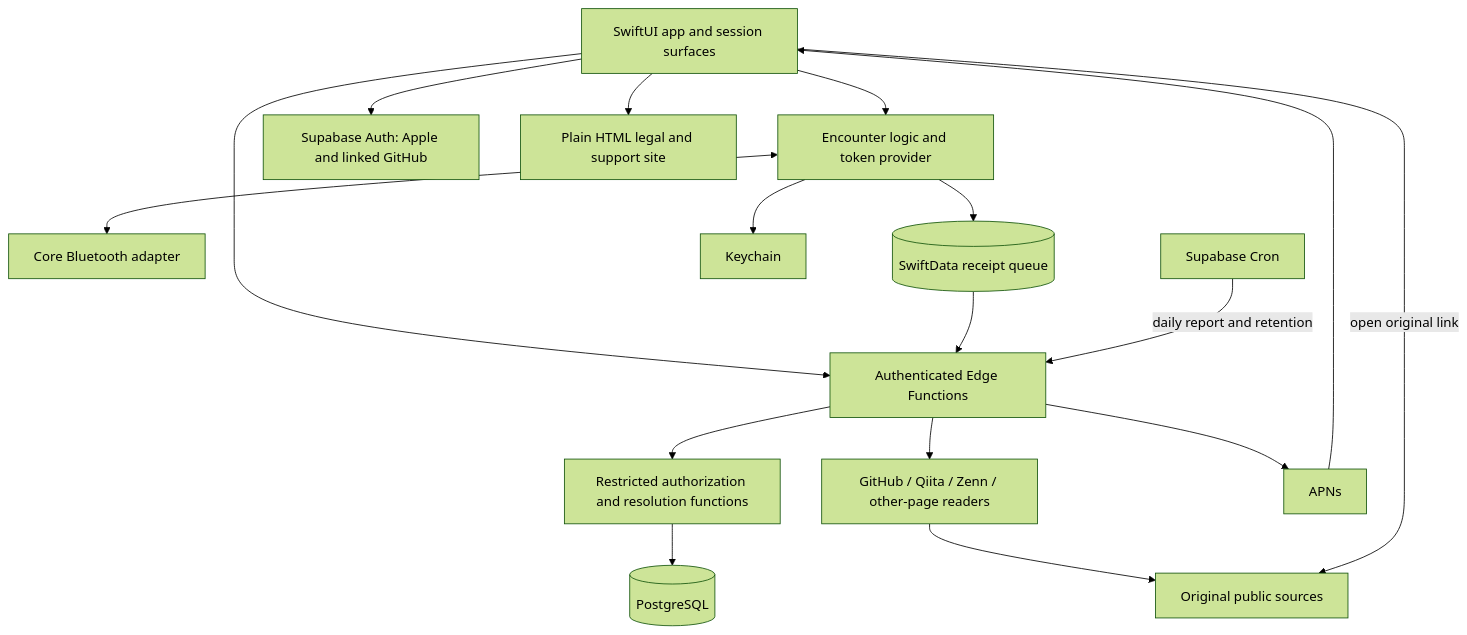
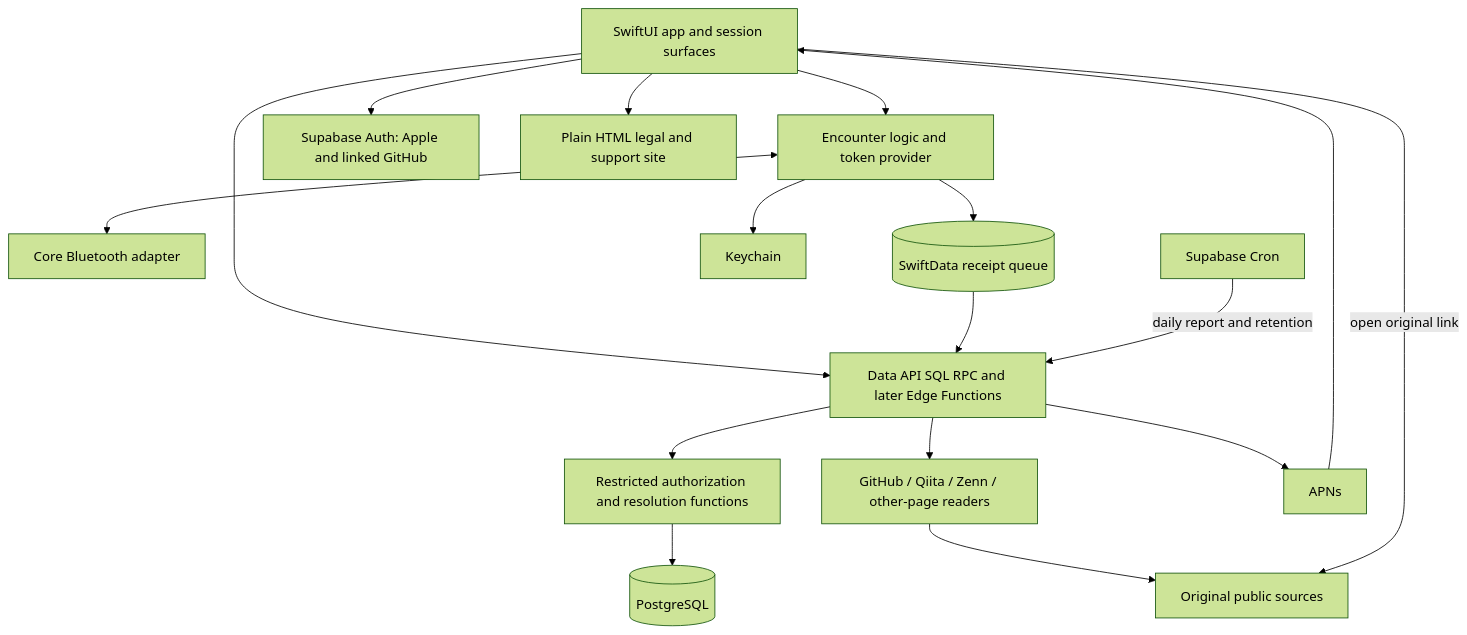
The first of 2 diagrams in docs/design.md (miyabi206/engineer-encounters), drawn with Mermaid (forest theme) before and after one commit. The commit also changed other lines of this file and 3 other files, not shown here.

````diff
--- a/docs/design.md
+++ b/docs/design.md
@@ -135,34 +135,34 @@
 ```mermaid
 flowchart TD
     UI[SwiftUI app and session surfaces]
     BLE[Core Bluetooth adapter]
     LOGIC[Encounter logic and token provider]
     LOCAL[(SwiftData receipt queue)]
     KEYS[Keychain]
     AUTH[Supabase Auth: Apple and linked GitHub]
-    API[Authenticated Edge Functions]
+    API[Data API SQL RPC and later Edge Functions]
     SQL[Restricted authorization and resolution functions]
     DB[(PostgreSQL)]
     READERS[GitHub / Qiita / Zenn / other-page readers]
     SOURCES[Original public sources]
     CRON[Supabase Cron]
     APNS[APNs]
     WEB[Plain HTML legal and support site]
 
     UI --> LOGIC
     LOGIC <--> BLE
     LOGIC --> LOCAL
     LOGIC --> KEYS
     UI --> AUTH
     UI --> API
     LOCAL --> API
     API --> SQL
     SQL --> DB
     API --> READERS
     READERS --> SOURCES
     UI -->|open original link| SOURCES
     CRON -->|daily report and retention| API
     API --> APNS
     APNS --> UI
     UI --> WEB
 ```
````
